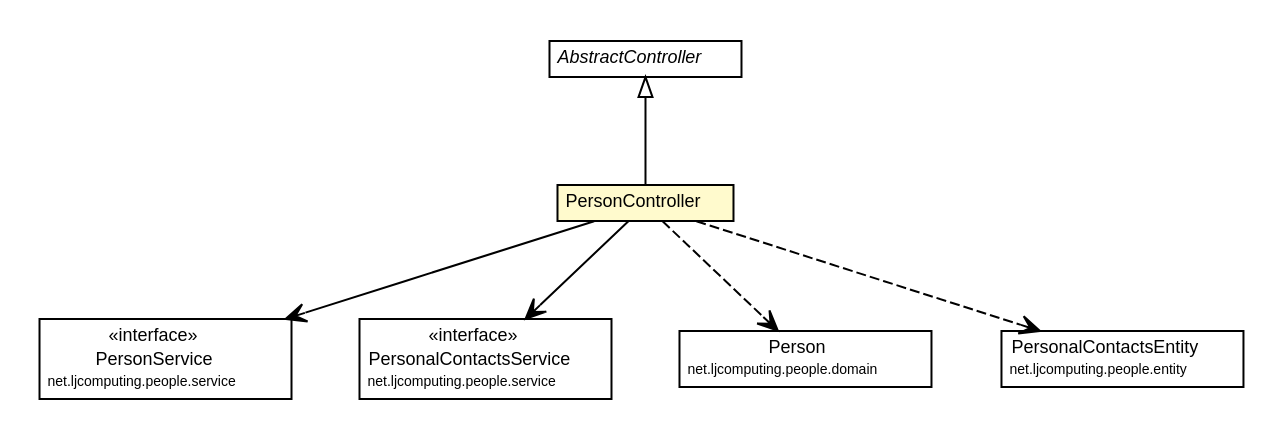
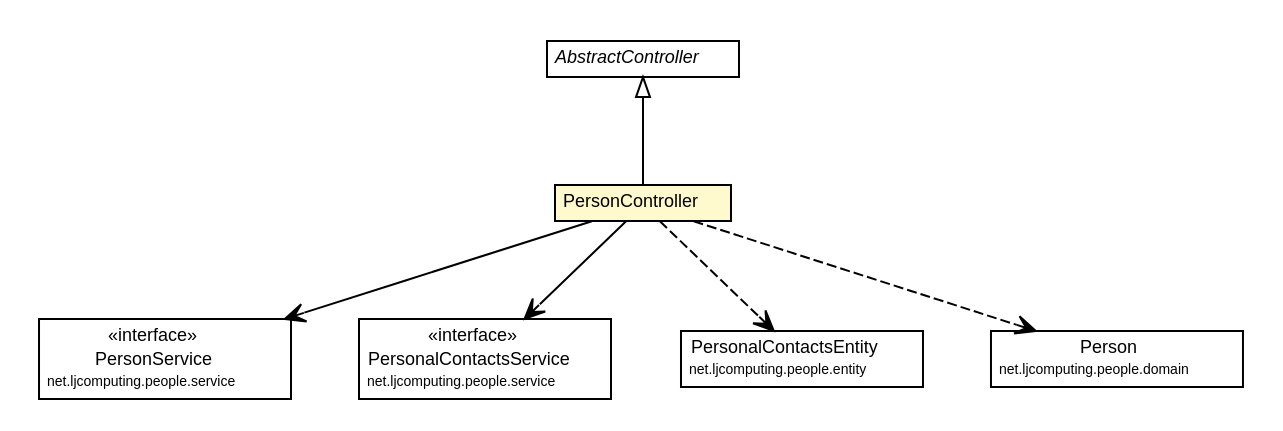
Before and after one commit to willmorejg/net.ljcomputing.ecsr: the diagram in net.ljcomputing.people-web/docs/javadoc/apidocs/net/ljcomputing/people/web/controller/PersonController.dot, drawn with Graphviz. The commit also changed 295 other files, not shown here.

```diff
--- a/net.ljcomputing.people-web/docs/javadoc/apidocs/net/ljcomputing/people/web/controller/PersonController.dot
+++ b/net.ljcomputing.people-web/docs/javadoc/apidocs/net/ljcomputing/people/web/controller/PersonController.dot
@@ -1,64 +1,64 @@
 #!/usr/local/bin/dot
 #
 # Class diagram 
 # Generated by UMLGraph version R5_6 (http://www.umlgraph.org/)
 #
 
 digraph G {
 	edge [fontname="Helvetica",fontsize=10,labelfontname="Helvetica",labelfontsize=10];
 	node [fontname="Helvetica",fontsize=10,shape=plaintext];
 	nodesep=0.25;
 	ranksep=0.5;
 	// net.ljcomputing.people.web.controller.PersonController
 	c201 [label=<<table title="net.ljcomputing.people.web.controller.PersonController" border="0" cellborder="1" cellspacing="0" cellpadding="2" port="p" bgcolor="lemonChiffon" href="./PersonController.html">
 		<tr><td><table border="0" cellspacing="0" cellpadding="1">
 <tr><td align="center" balign="center"> PersonController </td></tr>
 		</table></td></tr>
 		</table>>, URL="./PersonController.html", fontname="Helvetica", fontcolor="black", fontsize=9.0];
 	// net.ljcomputing.people.web.controller.AbstractController
 	c204 [label=<<table title="net.ljcomputing.people.web.controller.AbstractController" border="0" cellborder="1" cellspacing="0" cellpadding="2" port="p" href="./AbstractController.html">
 		<tr><td><table border="0" cellspacing="0" cellpadding="1">
 <tr><td align="center" balign="center"><font face="Helvetica-Oblique"> AbstractController </font></td></tr>
 		</table></td></tr>
 		</table>>, URL="./AbstractController.html", fontname="Helvetica", fontcolor="black", fontsize=9.0];
 	//net.ljcomputing.people.web.controller.PersonController extends net.ljcomputing.people.web.controller.AbstractController
 	c204:p -> c201:p [dir=back,arrowtail=empty];
 	// net.ljcomputing.people.web.controller.PersonController NAVASSOC net.ljcomputing.people.service.PersonService
 	c201:p -> c206:p [taillabel="", label="", headlabel="", fontname="Helvetica", fontcolor="black", fontsize=10.0, color="black", arrowhead=open];
 	// net.ljcomputing.people.web.controller.PersonController NAVASSOC net.ljcomputing.people.service.PersonalContactsService
 	c201:p -> c207:p [taillabel="", label="", headlabel="", fontname="Helvetica", fontcolor="black", fontsize=10.0, color="black", arrowhead=open];
+	// net.ljcomputing.people.web.controller.PersonController DEPEND net.ljcomputing.people.entity.PersonalContactsEntity
+	c201:p -> c208:p [taillabel="", label="", headlabel="", fontname="Helvetica", fontcolor="black", fontsize=10.0, color="black", arrowhead=open, style=dashed];
 	// net.ljcomputing.people.web.controller.PersonController DEPEND net.ljcomputing.people.domain.Person
-	c201:p -> c208:p [taillabel="", label="", headlabel="", fontname="Helvetica", fontcolor="black", fontsize=10.0, color="black", arrowhead=open, style=dashed];
-	// net.ljcomputing.people.web.controller.PersonController DEPEND net.ljcomputing.people.entity.PersonalContactsEntity
 	c201:p -> c209:p [taillabel="", label="", headlabel="", fontname="Helvetica", fontcolor="black", fontsize=10.0, color="black", arrowhead=open, style=dashed];
 	// net.ljcomputing.people.service.PersonService
 	c206 [label=<<table title="net.ljcomputing.people.service.PersonService" border="0" cellborder="1" cellspacing="0" cellpadding="2" port="p">
 		<tr><td><table border="0" cellspacing="0" cellpadding="1">
 <tr><td align="center" balign="center"> &#171;interface&#187; </td></tr>
 <tr><td align="center" balign="center"> PersonService </td></tr>
 <tr><td align="center" balign="center"><font point-size="7.0"> net.ljcomputing.people.service </font></td></tr>
 		</table></td></tr>
 		</table>>, URL="null", fontname="Helvetica", fontcolor="black", fontsize=9.0];
 	// net.ljcomputing.people.service.PersonalContactsService
 	c207 [label=<<table title="net.ljcomputing.people.service.PersonalContactsService" border="0" cellborder="1" cellspacing="0" cellpadding="2" port="p">
 		<tr><td><table border="0" cellspacing="0" cellpadding="1">
 <tr><td align="center" balign="center"> &#171;interface&#187; </td></tr>
 <tr><td align="center" balign="center"> PersonalContactsService </td></tr>
 <tr><td align="center" balign="center"><font point-size="7.0"> net.ljcomputing.people.service </font></td></tr>
 		</table></td></tr>
 		</table>>, URL="null", fontname="Helvetica", fontcolor="black", fontsize=9.0];
 	// net.ljcomputing.people.domain.Person
-	c208 [label=<<table title="net.ljcomputing.people.domain.Person" border="0" cellborder="1" cellspacing="0" cellpadding="2" port="p">
+	c209 [label=<<table title="net.ljcomputing.people.domain.Person" border="0" cellborder="1" cellspacing="0" cellpadding="2" port="p">
 		<tr><td><table border="0" cellspacing="0" cellpadding="1">
 <tr><td align="center" balign="center"> Person </td></tr>
 <tr><td align="center" balign="center"><font point-size="7.0"> net.ljcomputing.people.domain </font></td></tr>
 		</table></td></tr>
 		</table>>, URL="null", fontname="Helvetica", fontcolor="black", fontsize=9.0];
 	// net.ljcomputing.people.entity.PersonalContactsEntity
-	c209 [label=<<table title="net.ljcomputing.people.entity.PersonalContactsEntity" border="0" cellborder="1" cellspacing="0" cellpadding="2" port="p">
+	c208 [label=<<table title="net.ljcomputing.people.entity.PersonalContactsEntity" border="0" cellborder="1" cellspacing="0" cellpadding="2" port="p">
 		<tr><td><table border="0" cellspacing="0" cellpadding="1">
 <tr><td align="center" balign="center"> PersonalContactsEntity </td></tr>
 <tr><td align="center" balign="center"><font point-size="7.0"> net.ljcomputing.people.entity </font></td></tr>
 		</table></td></tr>
 		</table>>, URL="null", fontname="Helvetica", fontcolor="black", fontsize=9.0];
 }
```
